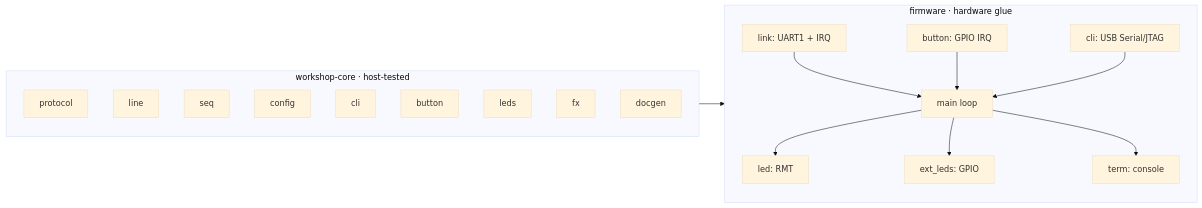
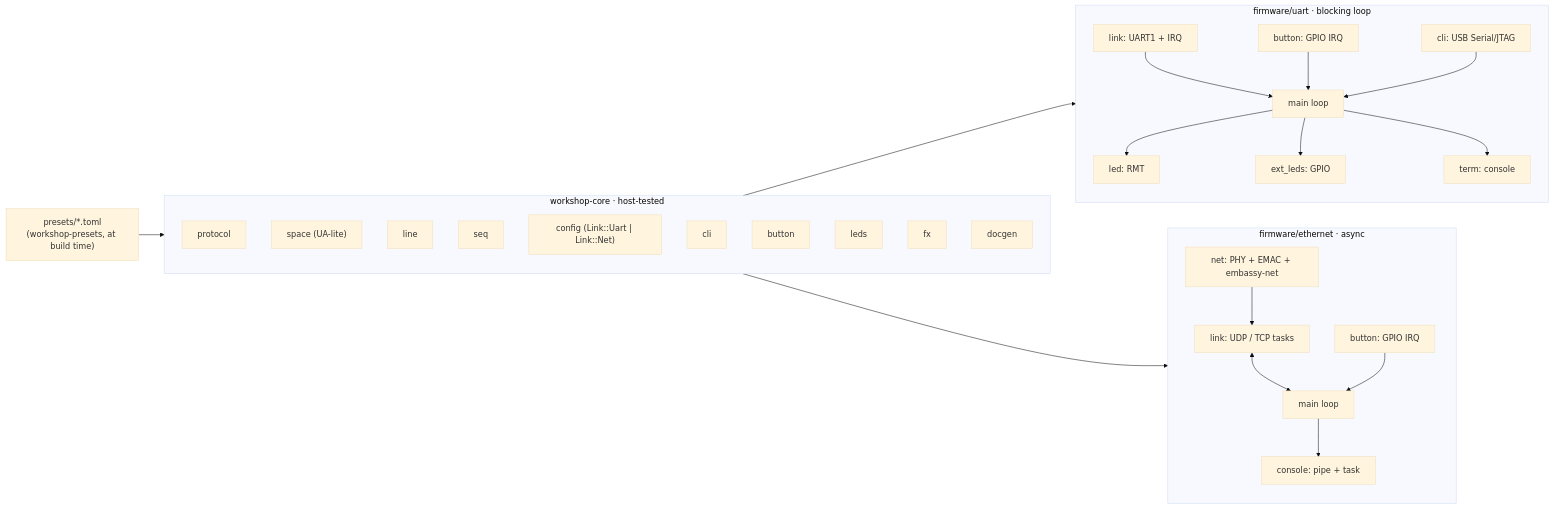
One commit to Lpwlk/esp32-rust-workshop changed the first of 2 diagrams in docs/book/architecture.md. Above: the diagram before and after it, drawn with Mermaid (base theme). The commit also changed other lines of this file and 17 other files, not shown here.

Commit message:
docs: updated for the Ethernet app, verbosity, UA-lite; GIF look control (render.toml, render_demos.py)

````diff
--- a/docs/book/architecture.md
+++ b/docs/book/architecture.md
@@ -13,22 +18,33 @@
 ```mermaid
 flowchart LR
     subgraph core [workshop-core · host-tested]
         direction TB
         protocol
+        space["space (UA-lite)"]
         line
         seq
-        config
+        config["config (Link::Uart | Link::Net)"]
         cli
         button
         leds
         fx
         docgen
     end
-    subgraph fw [firmware · hardware glue]
+    presets["presets/*.toml<br/>(workshop-presets, at build time)"] --> core
+    subgraph uart [firmware/uart · blocking loop]
+        direction TB
         link[link: UART1 + IRQ] --> main
         btn[button: GPIO IRQ] --> main
         usb[cli: USB Serial/JTAG] --> main
         main[main loop] --> rgb[led: RMT] & ext[ext_leds: GPIO] & term[term: console]
     end
-    core --> fw
+    subgraph eth [firmware/ethernet · async]
+        direction TB
+        net[net: PHY + EMAC + embassy-net] --> linkq[link: UDP / TCP tasks]
+        linkq <--> mainE[main loop]
+        btnE[button: GPIO IRQ] --> mainE
+        mainE --> consoleq[console: pipe + task]
+    end
+    core --> uart
+    core --> eth
 ```
````
